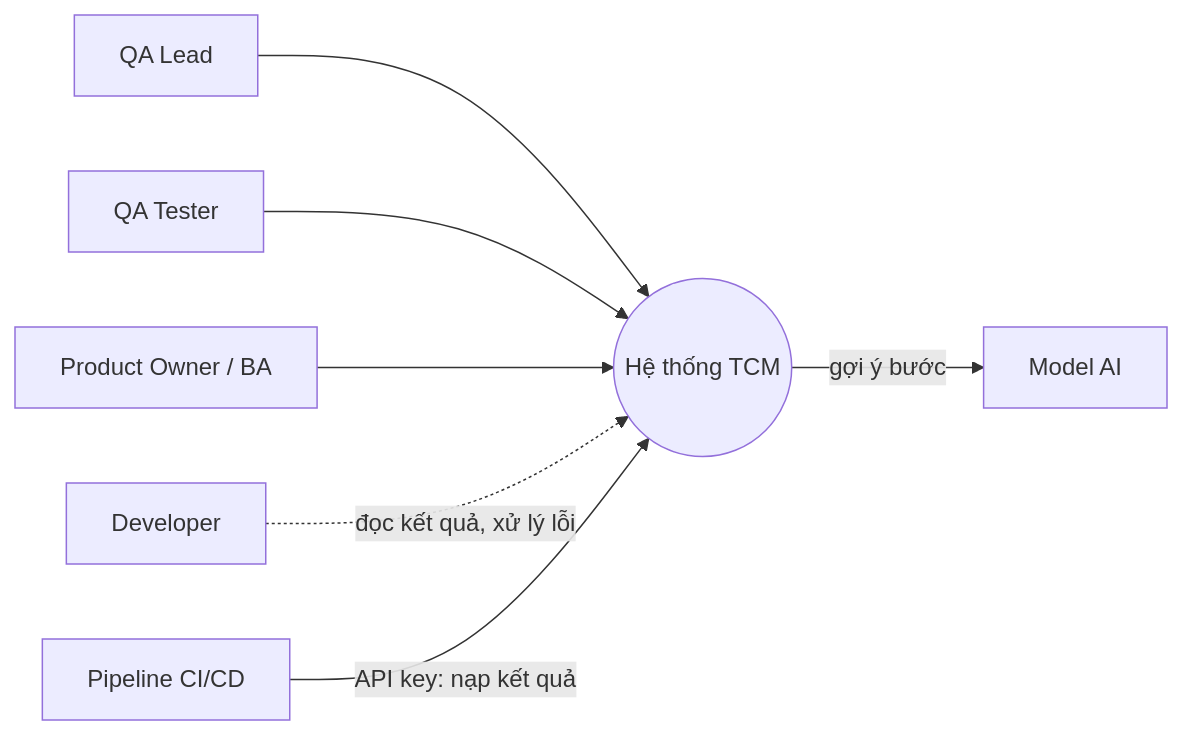
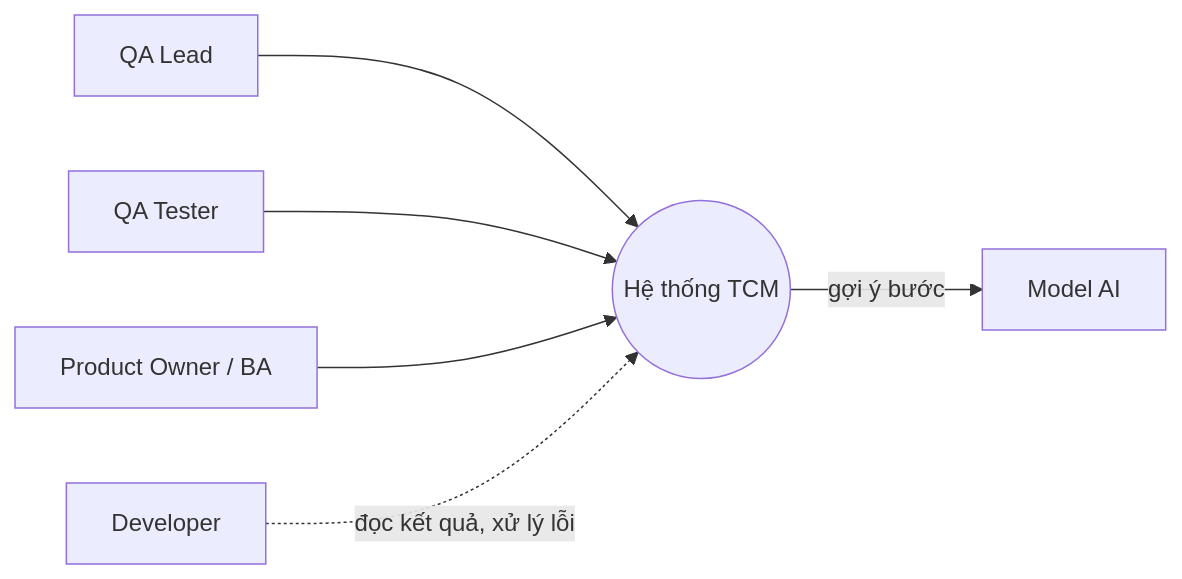
Before and after one commit to Huyit2k5/testcase_manager: the first of 19 diagrams in BUSINESS_ANALYSIS_TEST_CASE_MANAGEMENT.md, drawn with Mermaid. The commit also changed other lines of this file, not shown here.

````diff
--- a/BUSINESS_ANALYSIS_TEST_CASE_MANAGEMENT.md
+++ b/BUSINESS_ANALYSIS_TEST_CASE_MANAGEMENT.md
@@ -92,16 +91,14 @@
 ```mermaid
 flowchart LR
     QL["QA Lead"]
     QT["QA Tester"]
     PO["Product Owner / BA"]
     DEV["Developer"]
-    CI["Pipeline CI/CD"]
     AI["Model AI"]
     SYS(("Hệ thống TCM"))
     QL --> SYS
     QT --> SYS
     PO --> SYS
     DEV -.->|"đọc kết quả, xử lý lỗi"| SYS
-    CI -->|"API key: nạp kết quả"| SYS
     SYS -->|"gợi ý bước"| AI
 ```
````
